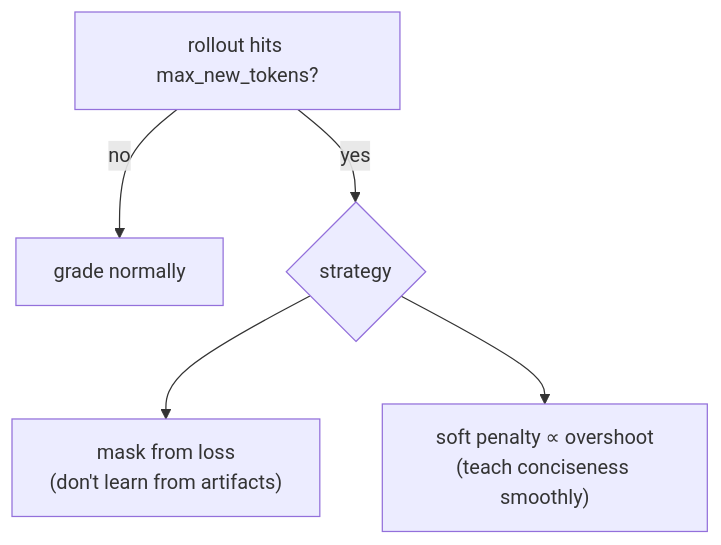
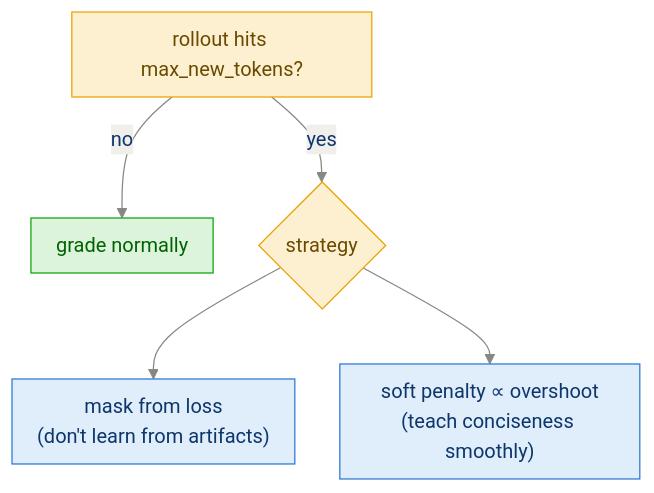
The fourth of 5 diagrams in study_guide/ch07_improving_grpo.md (sudhanshu-shivam-dev/reasoning_model_from_scratch), drawn with Mermaid before and after one commit. The commit also changed other lines of this file and 14 other files, not shown here.

First line of the commit message:
Restyle all 54 diagrams: consistent palette, semantic colors, better spacing

````diff
--- a/study_guide/ch07_improving_grpo.md
+++ b/study_guide/ch07_improving_grpo.md
@@ -149,7 +166,12 @@
 ```mermaid
+%%{init: {"theme":"base","themeVariables":{"primaryColor":"#e0edfb","primaryTextColor":"#0d366b","primaryBorderColor":"#2a78d6","lineColor":"#898781","textColor":"#52514e","edgeLabelBackground":"#f0efec","clusterBkg":"rgba(137,135,129,0.07)","clusterBorder":"#a9a7a0","titleColor":"#898781"},"flowchart":{"nodeSpacing":36,"rankSpacing":44,"curve":"basis","padding":10}}}%%
 flowchart TB
     R["rollout hits max_new_tokens?"] -- no --> NORM["grade normally"]
     R -- yes --> CH{"strategy"}
     CH --> M["mask from loss<br/>(don't learn from artifacts)"]
     CH --> SP["soft penalty ∝ overshoot<br/>(teach conciseness smoothly)"]
+    classDef dec fill:#fdf0d1,stroke:#eda100,color:#6b4a00
+    classDef good fill:#dcf3dc,stroke:#0ca30c,color:#006300
+    class R,CH dec
+    class NORM good
 ```
````
